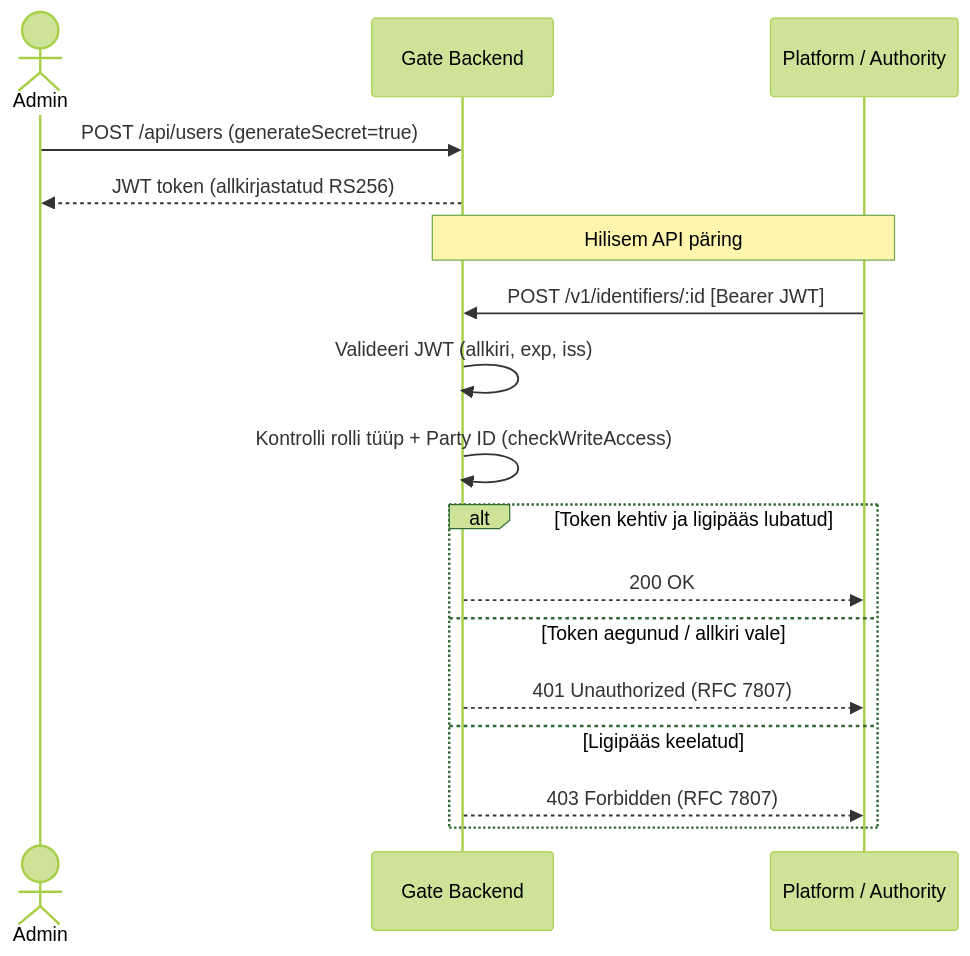
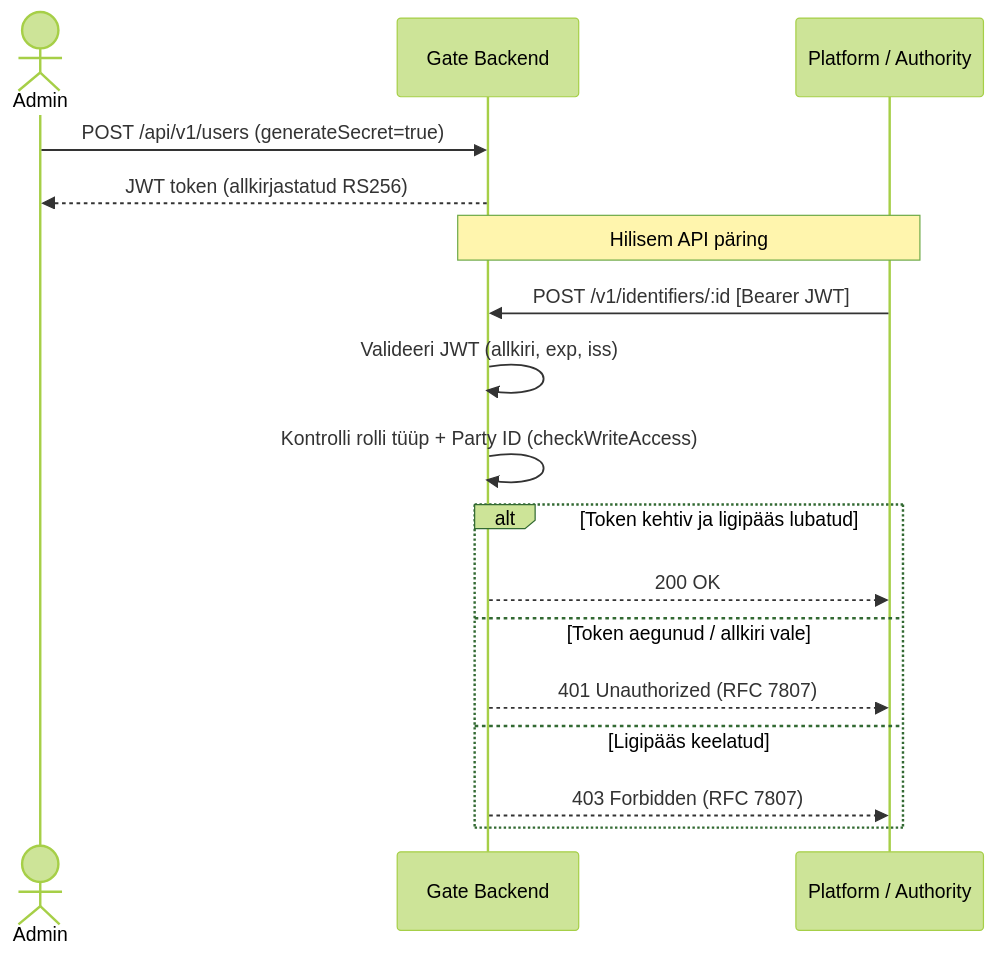
The second of 9 diagrams in docs/efti_full_epics_et.md (kemit-ee/efti-gate-ee), drawn with Mermaid (forest theme) before and after one commit. The commit also changed other lines of this file and 69 other files, not shown here.

````diff
--- a/docs/efti_full_epics_et.md
+++ b/docs/efti_full_epics_et.md
@@ -246,22 +246,22 @@
 ```mermaid
 sequenceDiagram
     actor Admin
     participant Gate as Gate Backend
     participant Platform as Platform / Authority
 
-    Admin->>Gate: POST /api/users (generateSecret=true)
+    Admin->>Gate: POST /api/v1/users (generateSecret=true)
     Gate-->>Admin: JWT token (allkirjastatud RS256)
 
     Note over Platform,Gate: Hilisem API päring
 
     Platform->>Gate: POST /v1/identifiers/:id [Bearer JWT]
     Gate->>Gate: Valideeri JWT (allkiri, exp, iss)
     Gate->>Gate: Kontrolli rolli tüüp + Party ID (checkWriteAccess)
     alt Token kehtiv ja ligipääs lubatud
         Gate-->>Platform: 200 OK
     else Token aegunud / allkiri vale
         Gate-->>Platform: 401 Unauthorized (RFC 7807)
     else Ligipääs keelatud
         Gate-->>Platform: 403 Forbidden (RFC 7807)
     end
 ```
````
